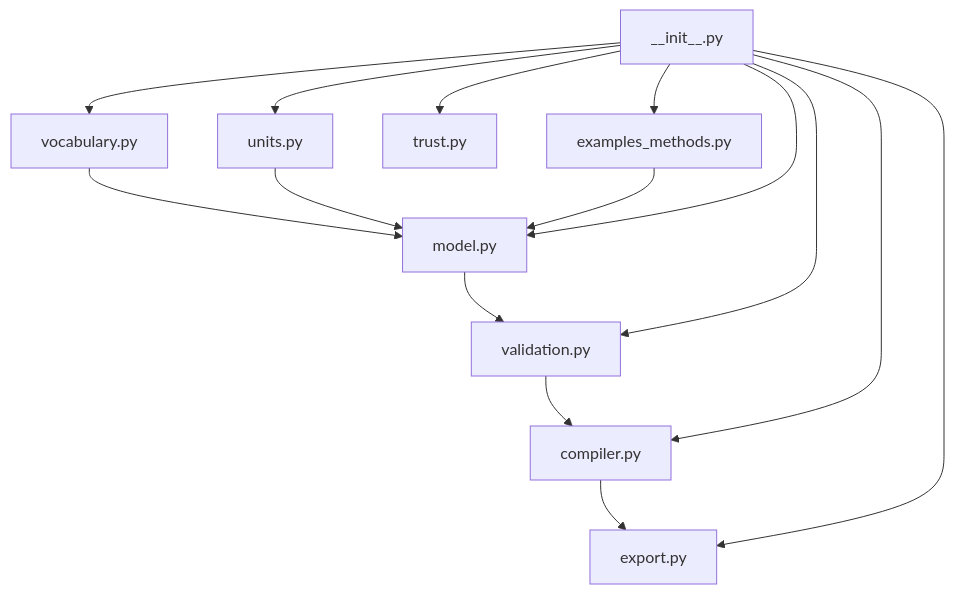
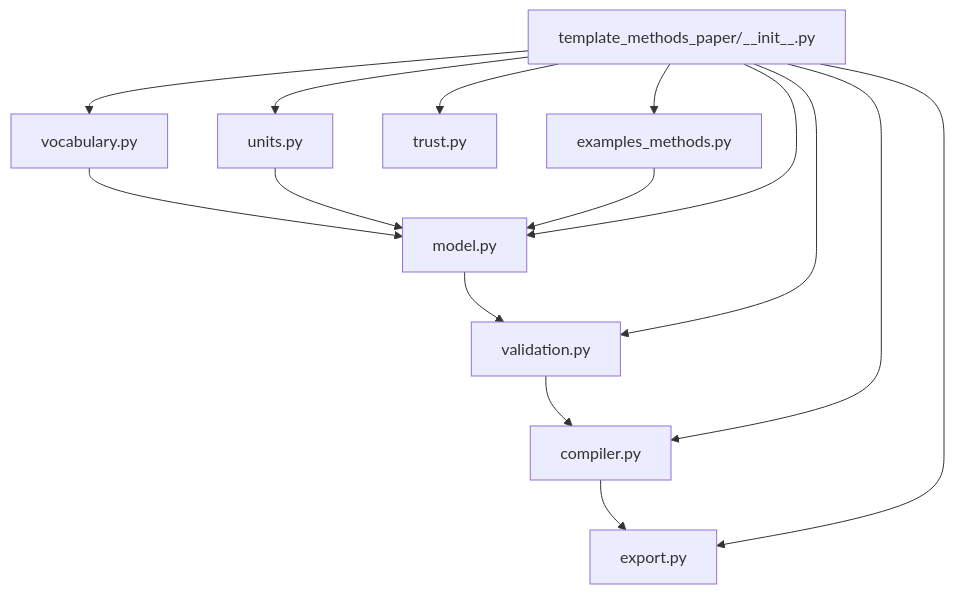
One commit to docxology/template changed the diagram in projects/templates/template_methods_paper/src/README.md. Above: the diagram before and after it, drawn with Mermaid. The commit also changed other lines of this file and 153 other files, not shown here.

````diff
--- a/projects/templates/template_methods_paper/src/README.md
+++ b/projects/templates/template_methods_paper/src/README.md
@@ -40,18 +42,18 @@
 ```mermaid
 graph TD
     VOC[vocabulary.py] --> MDL[model.py]
     UNI[units.py] --> MDL
     MDL --> VAL[validation.py]
     VAL --> CMP[compiler.py]
     CMP --> EXP[export.py]
     TRU[trust.py]
     EX2[examples_methods.py] --> MDL
-    INIT[__init__.py] --> VOC
+    INIT[template_methods_paper/__init__.py] --> VOC
     INIT --> UNI
     INIT --> MDL
     INIT --> VAL
     INIT --> CMP
     INIT --> EXP
     INIT --> TRU
     INIT --> EX2
 ```
````
